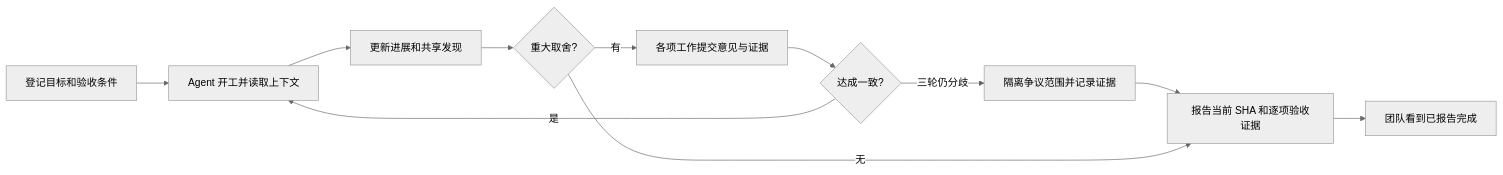
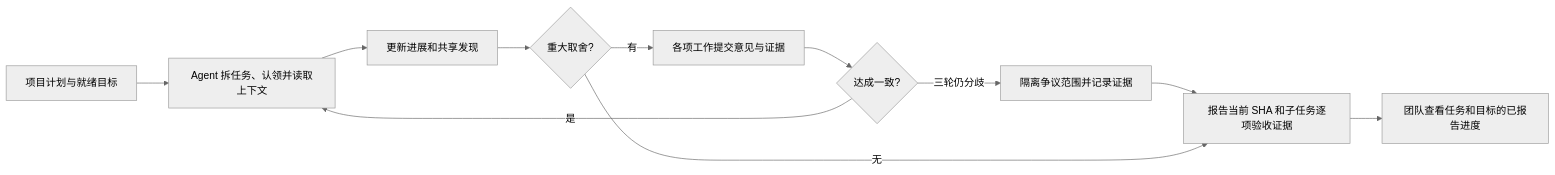
Before and after one commit to KazdelPotatoLover/preflight: the diagram in docs/product-spec.md, drawn with Mermaid (neutral theme). The commit also changed other lines of this file and 20 other files, not shown here.

````diff
--- a/docs/product-spec.md
+++ b/docs/product-spec.md
@@ -61,13 +65,13 @@
 ```mermaid
 flowchart LR
-  A[登记目标和验收条件] --> B[Agent 开工并读取上下文]
+  A[项目计划与就绪目标] --> B[Agent 拆任务、认领并读取上下文]
   B --> C[更新进展和共享发现]
   C --> D{重大取舍?}
   D -->|有| E[各项工作提交意见与证据]
   E --> H{达成一致?}
   H -->|是| B
   H -->|三轮仍分歧| I[隔离争议范围并记录证据]
-  I --> F[报告当前 SHA 和逐项验收证据]
+  I --> F[报告当前 SHA 和子任务逐项验收证据]
   D -->|无| F
-  F --> G[团队看到已报告完成]
+  F --> G[团队查看任务和目标的已报告进度]
 ```
````
